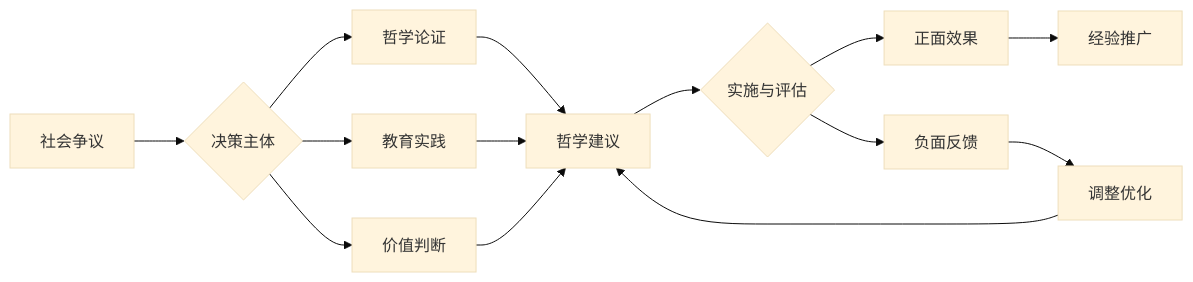
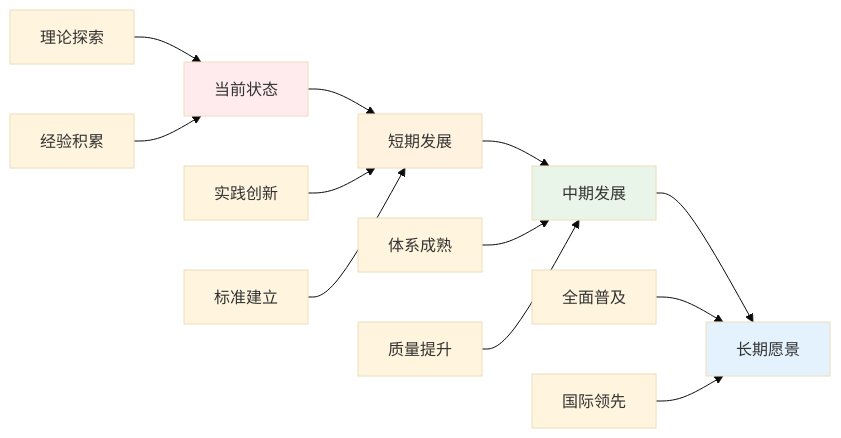
One commit to AdaMartin18010/SeniorEnducation changed diagram 15 of 15 in 01-哲学科学基础/02-教育哲学与价值观.md. Above: the diagram before and after it, drawn with Mermaid (base theme). The commit also changed other lines of this file and 16 other files, not shown here.

````diff
--- a/01-哲学科学基础/02-教育哲学与价值观.md
+++ b/01-哲学科学基础/02-教育哲学与价值观.md
@@ -266,16 +677,21 @@
 ```mermaid
 graph LR
-    A[社会争议] --> B{决策主体}
-    B --> C[哲学论证]
-    B --> D[教育实践]
-    B --> E[价值判断]
-    C --> F[哲学建议]
-    D --> F
-    E --> F
-    F --> G{实施与评估}
-    G --> H[正面效果]
-    G --> I[负面反馈]
-    I --> J[调整优化]
-    H --> K[经验推广]
-    J --> F
+    A[当前状态] --> B[短期发展]
+    B --> C[中期发展]
+    C --> D[长期愿景]
+    
+    A1[理论探索] --> A
+    B1[实践创新] --> B
+    C1[体系成熟] --> C
+    D1[全面普及] --> D
+    
+    A2[经验积累] --> A
+    B2[标准建立] --> B
+    C2[质量提升] --> C
+    D2[国际领先] --> D
+    
+    style A fill:#ffebee
+    style B fill:#fff3e0
+    style C fill:#e8f5e8
+    style D fill:#e3f2fd
 ```
````
